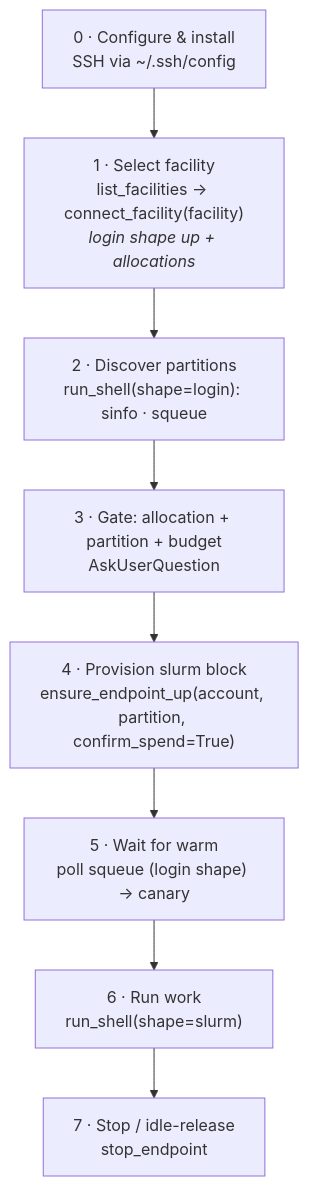
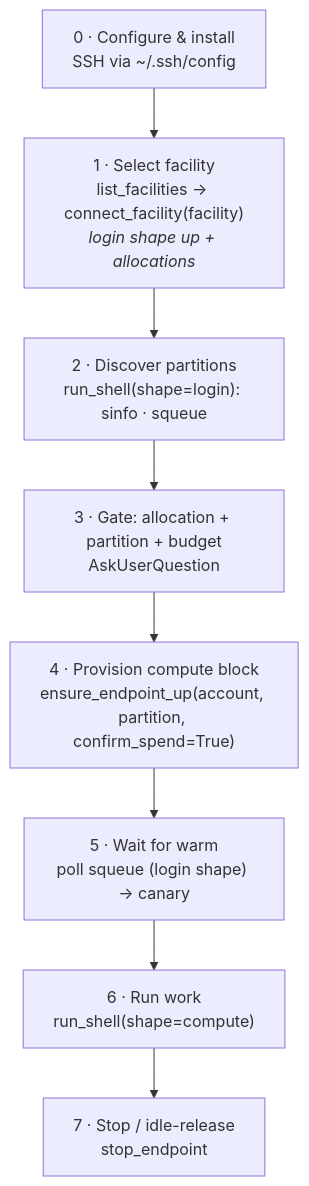
The diagram in docs/hpc-bridge-vault/Happy path.md (ryanchard/hpc-bridge), drawn with Mermaid before and after one commit. The commit also changed other lines of this file and 11 other files, not shown here.

````diff
--- a/docs/hpc-bridge-vault/Happy path.md
+++ b/docs/hpc-bridge-vault/Happy path.md
@@ -8,10 +8,10 @@
 ```mermaid
 flowchart TD
   C["0 · Configure & install<br/>SSH via ~/.ssh/config"] --> L["1 · Select facility<br/>list_facilities → connect_facility(facility)<br/><i>login shape up + allocations</i>"]
   L --> D["2 · Discover partitions<br/>run_shell(shape=login): sinfo · squeue"]
   D --> G["3 · Gate: allocation + partition + budget<br/>AskUserQuestion"]
-  G --> P["4 · Provision slurm block<br/>ensure_endpoint_up(account, partition, confirm_spend=True)"]
+  G --> P["4 · Provision compute block<br/>ensure_endpoint_up(account, partition, confirm_spend=True)"]
   P --> W["5 · Wait for warm<br/>poll squeue (login shape) → canary"]
-  W --> R["6 · Run work<br/>run_shell(shape=slurm)"]
+  W --> R["6 · Run work<br/>run_shell(shape=compute)"]
   R --> S["7 · Stop / idle-release<br/>stop_endpoint"]
 ```
````
